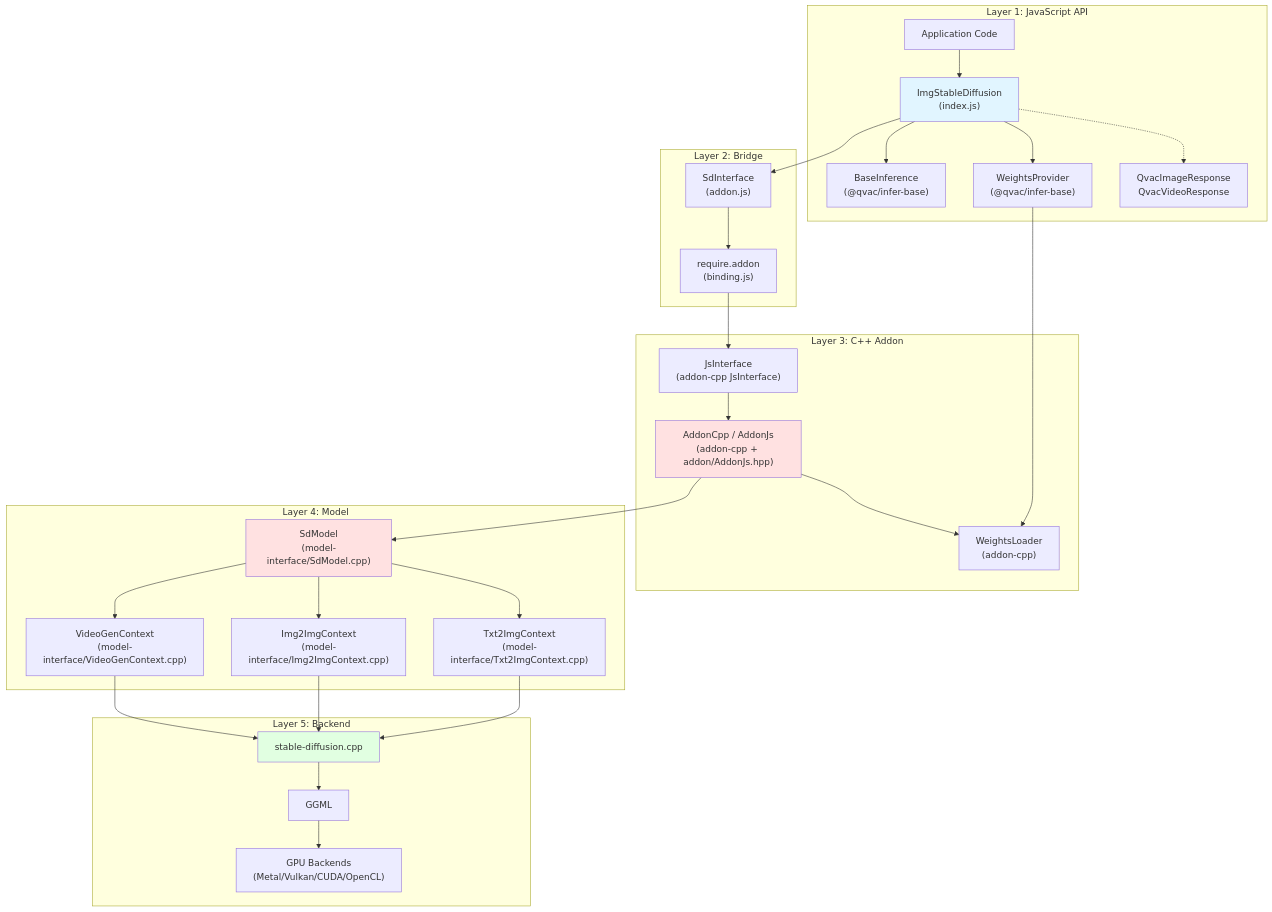
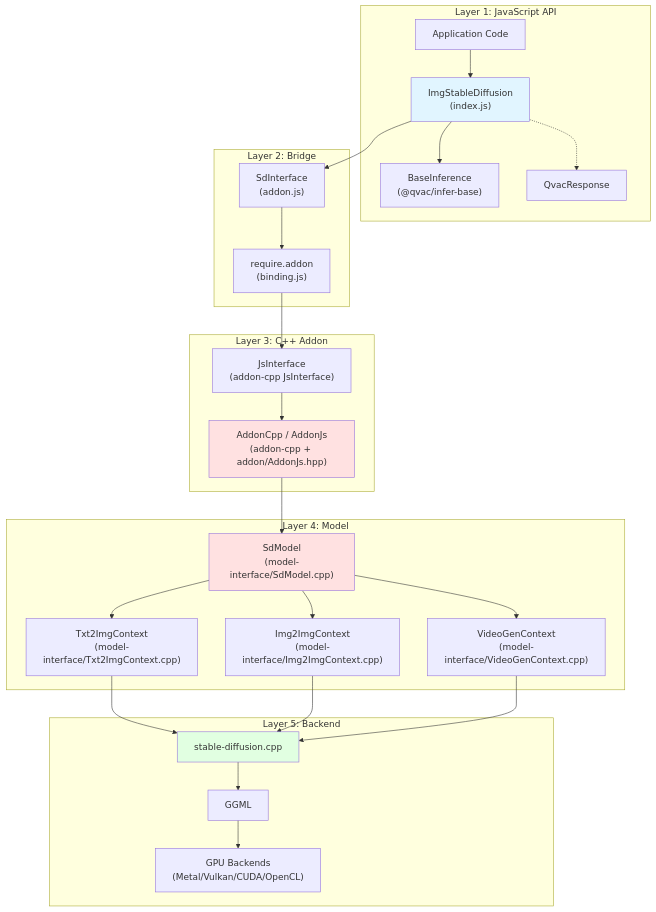
The third of 4 diagrams in packages/lib-infer-diffusion/docs/architecture.md (sidj-thr/qvac-public), drawn with Mermaid before and after one commit. The commit also changed other lines of this file and 20 other files, not shown here.

````diff
--- a/packages/lib-infer-diffusion/docs/architecture.md
+++ b/packages/lib-infer-diffusion/docs/architecture.md
@@ -229,63 +204,58 @@
 ```mermaid
 graph TB
     subgraph "Layer 1: JavaScript API"
         APP["Application Code"]
         IMGCLASS["ImgStableDiffusion<br/>(index.js)"]
         BASEINF["BaseInference<br/>(@qvac/infer-base)"]
-        WEIGHTSPR["WeightsProvider<br/>(@qvac/infer-base)"]
-        RESPONSE["QvacImageResponse<br/>QvacVideoResponse"]
+        RESPONSE["QvacResponse"]
     end
     
     subgraph "Layer 2: Bridge"
         SDIF["SdInterface<br/>(addon.js)"]
         BINDING["require.addon<br/>(binding.js)"]
     end
     
     subgraph "Layer 3: C++ Addon"
         JSINTERFACE["JsInterface<br/>(addon-cpp JsInterface)"]
         ADDONCPP["AddonCpp / AddonJs<br/>(addon-cpp + addon/AddonJs.hpp)"]
-        WEIGHTSLOAD["WeightsLoader<br/>(addon-cpp)"]
     end
     
     subgraph "Layer 4: Model"
         SDMODEL["SdModel<br/>(model-interface/SdModel.cpp)"]
         TXT2IMG["Txt2ImgContext<br/>(model-interface/Txt2ImgContext.cpp)"]
         IMG2IMG["Img2ImgContext<br/>(model-interface/Img2ImgContext.cpp)"]
         VIDGEN["VideoGenContext<br/>(model-interface/VideoGenContext.cpp)"]
     end
     
     subgraph "Layer 5: Backend"
         SDCPP["stable-diffusion.cpp"]
         GGML["GGML"]
         GPU["GPU Backends<br/>(Metal/Vulkan/CUDA/OpenCL)"]
     end
     
     APP --> IMGCLASS
     IMGCLASS --> BASEINF
-    IMGCLASS --> WEIGHTSPR
     IMGCLASS --> SDIF
     IMGCLASS -.-> RESPONSE
-    
+
     SDIF --> BINDING
     BINDING --> JSINTERFACE
-    WEIGHTSPR --> WEIGHTSLOAD
-    
+
     JSINTERFACE --> ADDONCPP
-    ADDONCPP --> WEIGHTSLOAD
     ADDONCPP --> SDMODEL
     
     SDMODEL --> TXT2IMG
     SDMODEL --> IMG2IMG
     SDMODEL --> VIDGEN
     TXT2IMG --> SDCPP
     IMG2IMG --> SDCPP
     VIDGEN --> SDCPP
     
     SDCPP --> GGML
     GGML --> GPU
     
     style IMGCLASS fill:#e1f5ff
     style ADDONCPP fill:#ffe1e1
     style SDMODEL fill:#ffe1e1
     style SDCPP fill:#e1ffe1
 ```
````
